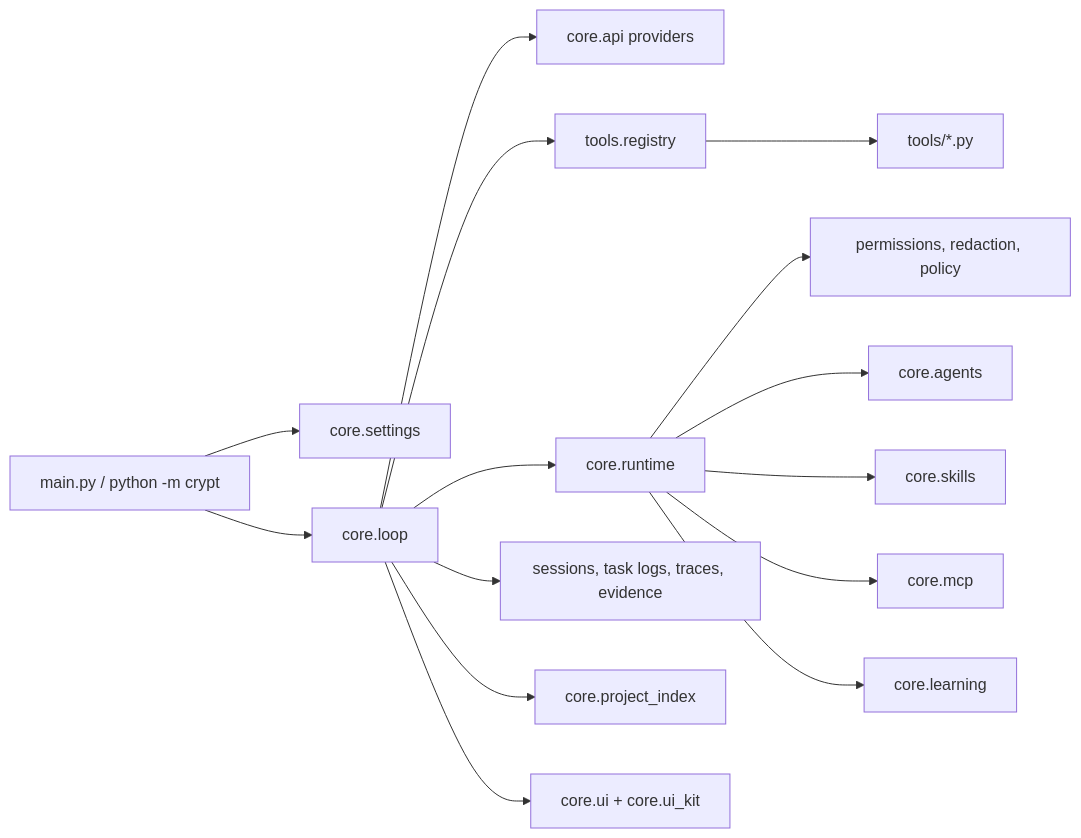
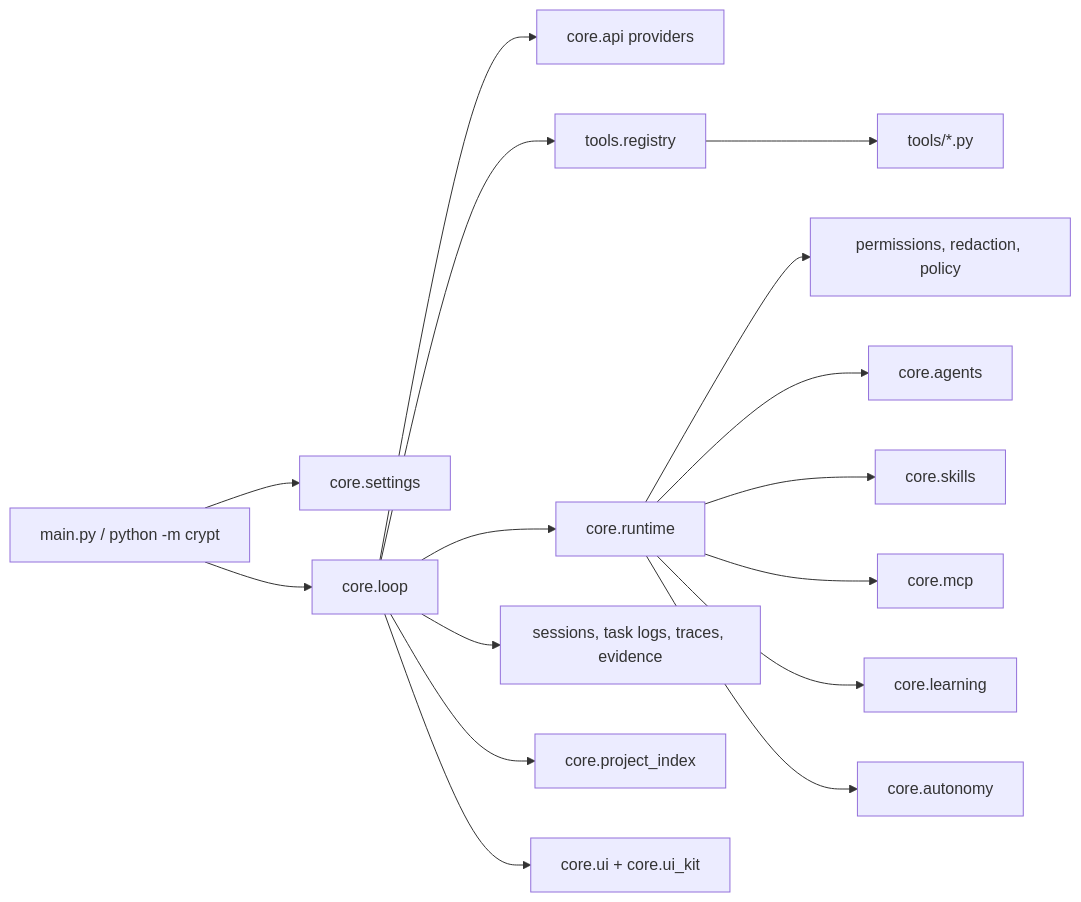
One commit to clout2buy/CryptCore changed the diagram in docs/ARCHITECTURE.md. Above: the diagram before and after it, drawn with Mermaid. The commit also changed other lines of this file and 26 other files, not shown here.

````diff
--- a/docs/ARCHITECTURE.md
+++ b/docs/ARCHITECTURE.md
@@ -6,17 +6,18 @@
 ```mermaid
 flowchart LR
     CLI["main.py / python -m crypt"] --> Settings["core.settings"]
     CLI --> Loop["core.loop"]
     Loop --> Providers["core.api providers"]
     Loop --> Registry["tools.registry"]
     Registry --> Tools["tools/*.py"]
     Loop --> Runtime["core.runtime"]
     Runtime --> Safety["permissions, redaction, policy"]
     Runtime --> Agents["core.agents"]
     Runtime --> Skills["core.skills"]
     Runtime --> MCP["core.mcp"]
     Runtime --> Learning["core.learning"]
+    Runtime --> Autonomy["core.autonomy"]
     Loop --> Store["sessions, task logs, traces, evidence"]
     Loop --> Project["core.project_index"]
     Loop --> UI["core.ui + core.ui_kit"]
 ```
````
